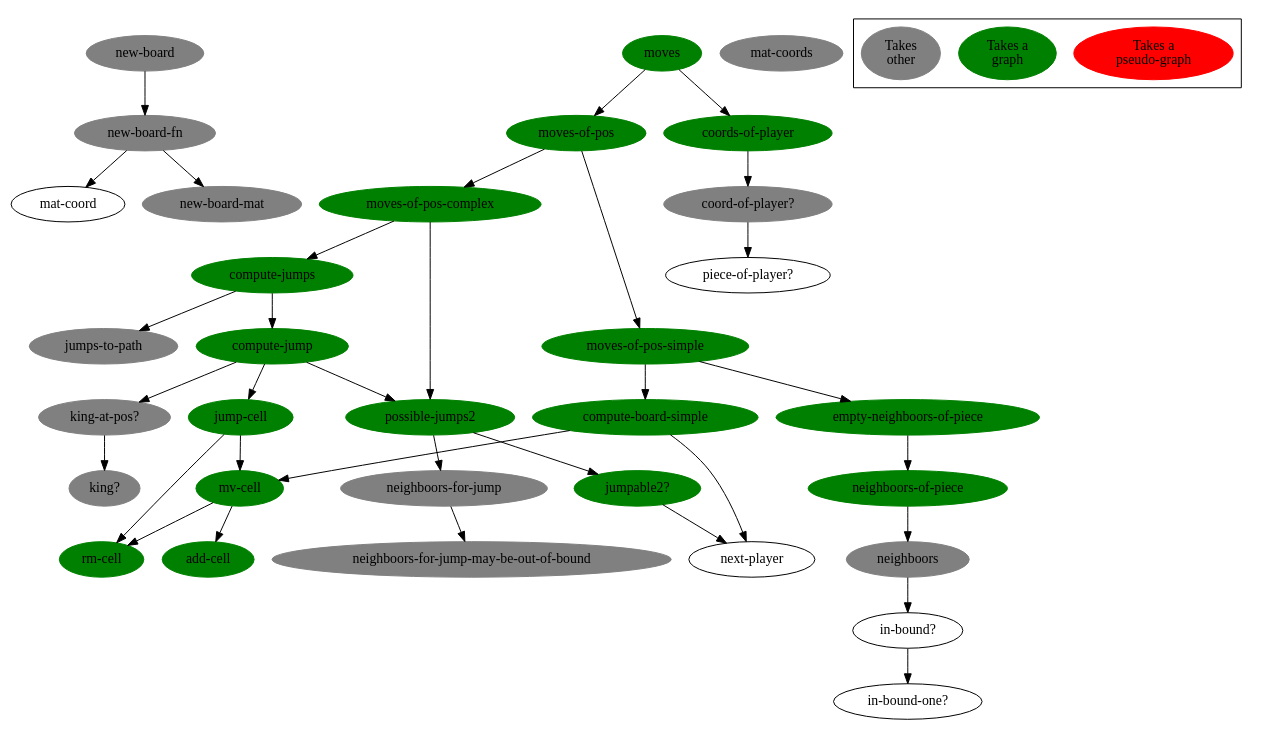
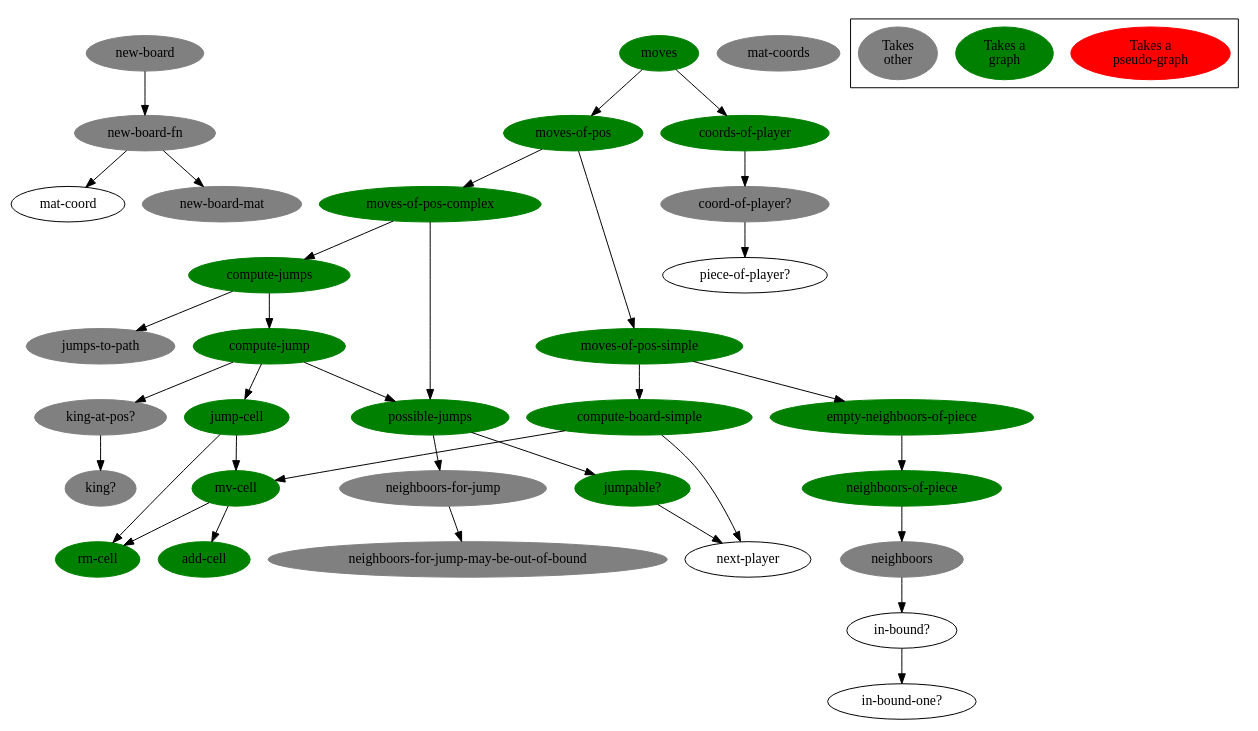
The diagram in doc/function-graph-detailled.dot (denlab/clojure-plays-checkers), drawn with Graphviz before and after one commit. The commit also changed 1 other file, not shown here.

Commit message:
refacto finished: renamed jumpable2? -> jumpable? and possible-jumps2 -> possible-jumps

```diff
--- a/doc/function-graph-detailled.dot
+++ b/doc/function-graph-detailled.dot
@@ -1,113 +1,113 @@
 digraph funtions {
 
 /******************************************************************************
  *                         edges                                              *         
  ******************************************************************************/
 
         "new-board-fn" -> "mat-coord";
         "new-board-fn" -> "new-board-mat";
         
         "new-board" -> "new-board-fn";
 
         "in-bound?" -> "in-bound-one?";
 
         "neighboors" -> "in-bound?";
 
         "neighboors-of-piece" -> "neighboors";
 
         "empty-neighboors-of-piece" -> "neighboors-of-piece";
 
         "mv-cell" -> "rm-cell";
         "mv-cell" -> "add-cell";
 
         "compute-board-simple" -> "mv-cell";
         "compute-board-simple" -> "next-player";
 
         "moves-of-pos-simple" -> "compute-board-simple";
         "moves-of-pos-simple" ->  "empty-neighboors-of-piece";
         
         "neighboors-for-jump" -> "neighboors-for-jump-may-be-out-of-bound";
 
-        "jumpable2?" -> "next-player";
+        "jumpable?" -> "next-player";
 
-        "possible-jumps2" -> "jumpable2?";
-        "possible-jumps2" -> "neighboors-for-jump";
+        "possible-jumps" -> "jumpable?";
+        "possible-jumps" -> "neighboors-for-jump";
 
         "jump-cell" -> "rm-cell";
         "jump-cell" -> "mv-cell";
 
         "king-at-pos?" -> "king?";
 
         "compute-jump" -> "jump-cell";
-        "compute-jump" -> "possible-jumps2";
+        "compute-jump" -> "possible-jumps";
         "compute-jump" -> "king-at-pos?";
 
         "compute-jumps" -> "compute-jump";
         "compute-jumps" -> "jumps-to-path";
 
         "moves-of-pos-complex" -> "compute-jumps";
-        "moves-of-pos-complex" -> "possible-jumps2";
+        "moves-of-pos-complex" -> "possible-jumps";
 
         "moves-of-pos" -> "moves-of-pos-simple";
         "moves-of-pos" -> "moves-of-pos-complex";
 
         "coord-of-player?" -> "piece-of-player?";
 
         "coords-of-player" -> "coord-of-player?";
 
         "moves" -> "moves-of-pos";
         "moves" -> "coords-of-player";
 
 /******************************************************************************
  *                         nodes                                              *         
  ******************************************************************************/
 
         "moves"[bgcolor=green color=green style=filled];
         "coords-of-player"[bgcolor=green color=green style=filled];
         "moves-of-pos"[bgcolor=green color=green style=filled];
         "moves-of-pos-complex"[bgcolor=green color=green style=filled];
         "moves-of-pos-simple"[bgcolor=green color=green style=filled];
         "compute-board-simple"[bgcolor=green color=green style=filled];
         "mv-cell"[bgcolor=green color=green style=filled];
         "add-cell"[bgcolor=green color=green style=filled];
         "rm-cell"[bgcolor=green color=green style=filled];
         "empty-neighboors-of-piece"[bgcolor=green color=green style=filled];
         "neighboors-of-piece"[bgcolor=green color=green style=filled];
 
         "compute-jump"[bgcolor=green color=green style=filled];
 
         "jump-cell"[bgcolor=green color=green style=filled];
-        "possible-jumps2"[bgcolor=green color=green style=filled];
-        "jumpable2?"[bgcolor=green color=green style=filled];
+        "possible-jumps"[bgcolor=green color=green style=filled];
+        "jumpable?"[bgcolor=green color=green style=filled];
 
         "coord-of-player?"[bgcolor=grey color=grey style=filled];
         "jumps-to-path"[bgcolor=grey color=grey style=filled];
         "king-at-pos?"[bgcolor=grey color=grey style=filled];
         "king?"[bgcolor=grey color=grey style=filled];
         "neighboors-for-jump"[bgcolor=grey color=grey style=filled];
         "neighboors-for-jump-may-be-out-of-bound"[bgcolor=grey color=grey style=filled];
         "neighboors"[bgcolor=grey color=grey style=filled];
         "new-board"[bgcolor=grey color=grey style=filled];
         "new-board-fn"[bgcolor=grey color=grey style=filled];
         "new-board-mat"[bgcolor=grey color=grey style=filled];
         "mat-coords"[bgcolor=grey color=grey style=filled];
 
 
         "compute-jumps"[bgcolor=green color=green style=filled];
 
 /******************************************************************************
  *                         legend                                             *         
  ******************************************************************************/
 
         "Takes a\npseudo-graph"[bgcolor=red color=red style=filled];
         "Takes a\ngraph"[bgcolor=green color=green style=filled];
 //        "Takes\nother"[bgcolor="#94003f" color="#94003f" style=filled];
         "Takes\nother"[bgcolor=grey color=grey style=filled];
 
         subgraph "cluster-legend" {
                 "Takes a\npseudo-graph";
                 "Takes a\ngraph";
                 "Takes\nother";
         }
 
 }
```
